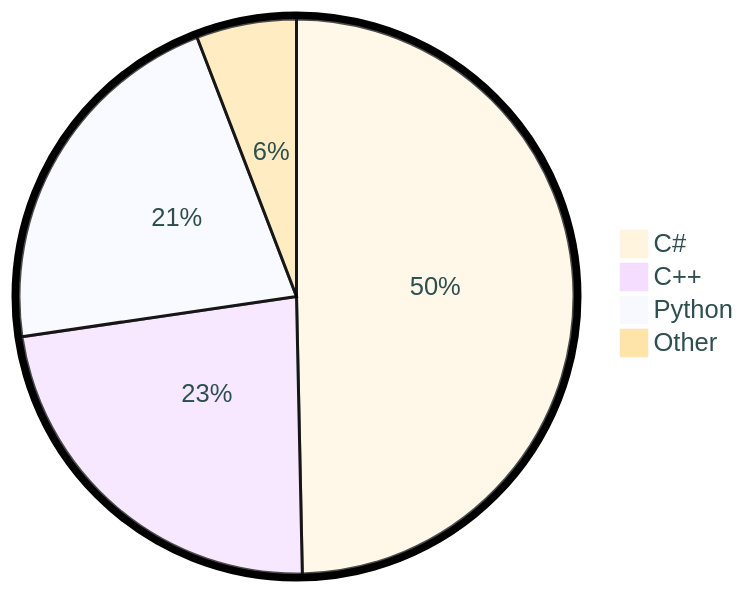
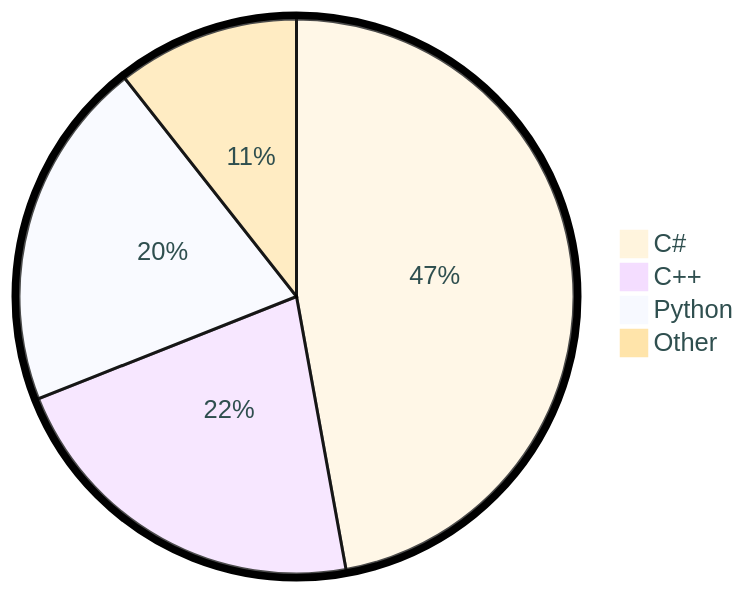
The diagram in README.md (tot0p/tot0p), drawn with Mermaid before and after one commit. The commit also changed other lines of this file, not shown here.

````diff
--- a/README.md
+++ b/README.md
@@ -75,8 +81,8 @@
 ```mermaid
 %%{init: {"pie": {"textPosition": 0.5}, "themeVariables": {"pieOuterStrokeWidth": "5px","primaryTextColor" : "#2F4F4F"},"theme":"base"} }%%
 pie
-	"C#": 49.66
-	"C++": 23.02
-	"Python": 21.48
-	"Other": 5.829999999999999
+	"C#": 47.14
+	"C++": 21.85
+	"Python": 20.39
+	"Other": 10.609999999999998
 ```
````
